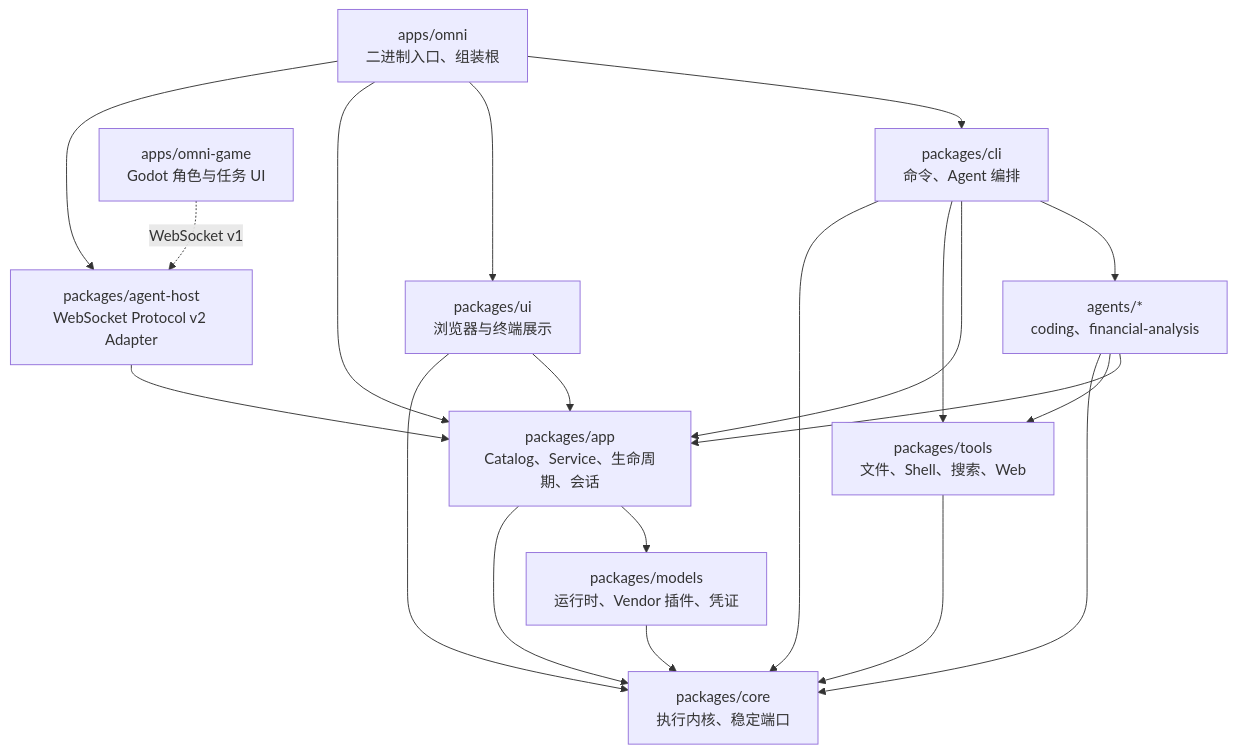
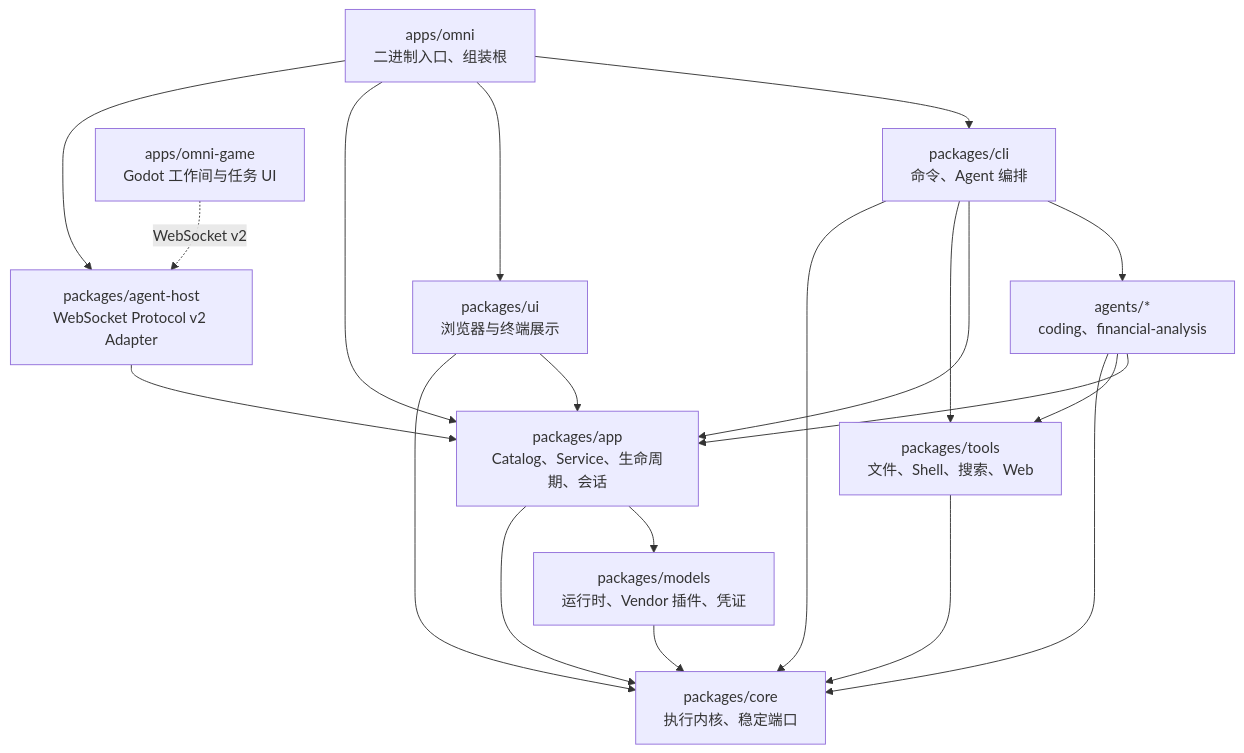
The diagram in README.zh.md (xdnloveme/omni-agent), drawn with Mermaid before and after one commit. The commit also changed other lines of this file and 129 other files, not shown here.

First line of the commit message:
feat(game): integrate workshop gameplay and Host v2

````diff
--- a/README.zh.md
+++ b/README.zh.md
@@ -532,33 +534,33 @@
 ```mermaid
 graph TD
     HOST["apps/omni<br/>二进制入口、组装根"]
     CLI["packages/cli<br/>命令、Agent 编排"]
     AGENTS["agents/*<br/>coding、financial-analysis"]
     APP["packages/app<br/>Catalog、Service、生命周期、会话"]
     AGENT_HOST["packages/agent-host<br/>WebSocket Protocol v2 Adapter"]
-    GAME["apps/omni-game<br/>Godot 角色与任务 UI"]
+    GAME["apps/omni-game<br/>Godot 工作间与任务 UI"]
     MODELS["packages/models<br/>运行时、Vendor 插件、凭证"]
     TOOLS["packages/tools<br/>文件、Shell、搜索、Web"]
     UI["packages/ui<br/>浏览器与终端展示"]
     CORE["packages/core<br/>执行内核、稳定端口"]
 
     HOST --> CLI
     HOST --> UI
     HOST --> APP
     HOST --> AGENT_HOST
     AGENT_HOST --> APP
-    GAME -. "WebSocket v1" .-> AGENT_HOST
+    GAME -. "WebSocket v2" .-> AGENT_HOST
     CLI --> AGENTS
     CLI --> APP
     CLI --> TOOLS
     CLI --> CORE
     AGENTS --> APP
     AGENTS --> TOOLS
     UI --> APP
     UI --> CORE
     AGENTS --> CORE
     APP --> MODELS
     APP --> CORE
     MODELS --> CORE
     TOOLS --> CORE
 ```
````
